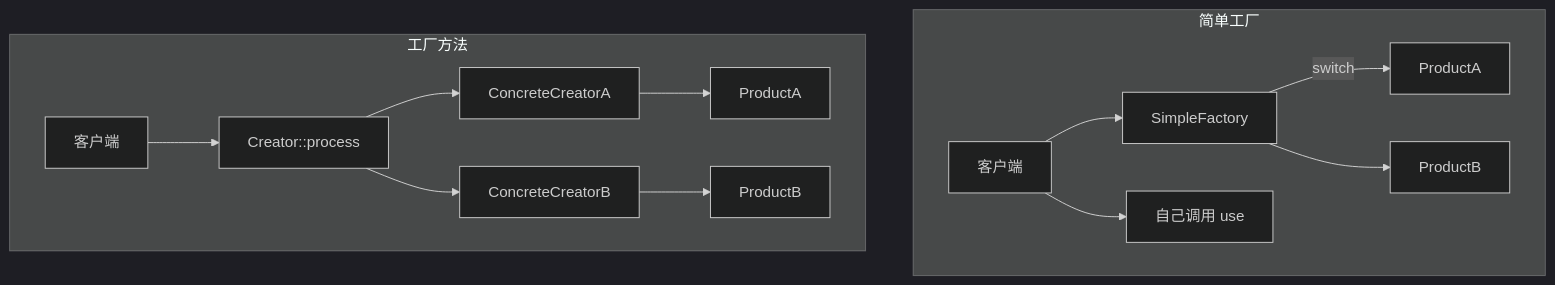
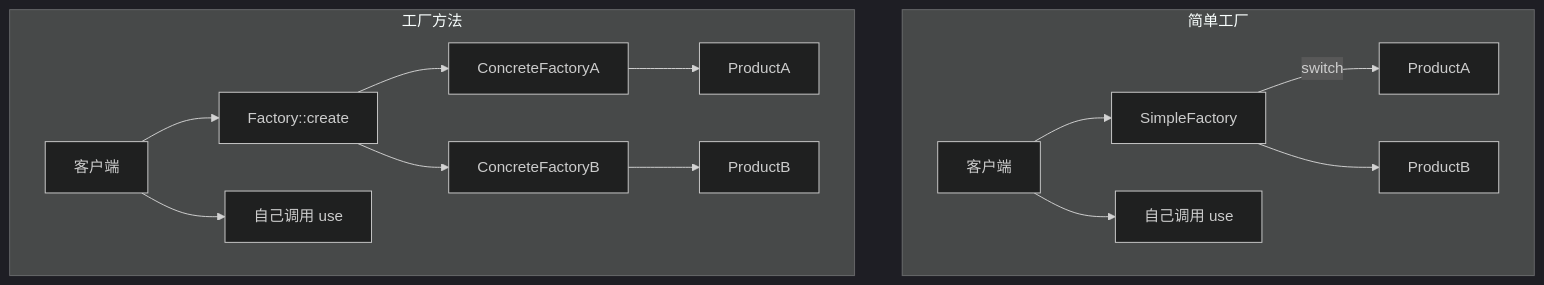
One commit to zackdlut/design_pattern changed the eighth of 9 diagrams in docs/creational/factory_method.md. Above: the diagram before and after it, drawn with Mermaid (dark theme). The commit also changed other lines of this file and 12 other files, not shown here.

````diff
--- a/docs/creational/factory_method.md
+++ b/docs/creational/factory_method.md
@@ -269,16 +256,17 @@
 ```mermaid
 flowchart TB
   subgraph 简单工厂
     SF[SimpleFactory] -->|switch| PA[ProductA]
     SF --> PB[ProductB]
     Client1[客户端] --> SF
     Client1 --> Use1[自己调用 use]
   end
   subgraph 工厂方法
-    CA[ConcreteCreatorA] --> PA2[ProductA]
-    CB[ConcreteCreatorB] --> PB2[ProductB]
-    Client2[客户端] --> Cr[Creator::process]
+    CA[ConcreteFactoryA] --> PA2[ProductA]
+    CB[ConcreteFactoryB] --> PB2[ProductB]
+    Client2[客户端] --> Cr[Factory::create]
     Cr --> CA
     Cr --> CB
+    Client2 --> Use2[自己调用 use]
   end
 ```
````
